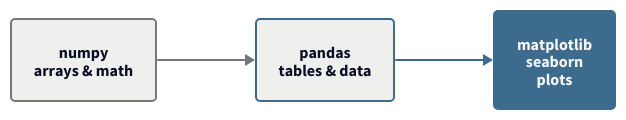
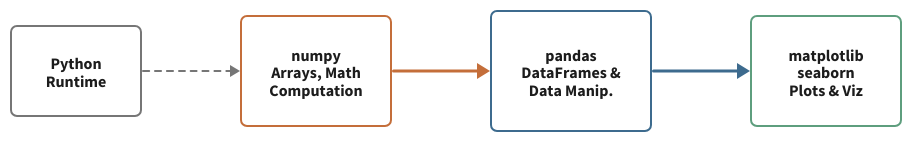
The diagram in slides/figures/d2/python-stack.d2 (dannycab/MSU_REU_ML_course), drawn with D2 before and after one commit. The commit also changed 59 other files, not shown here.

```diff
--- a/slides/figures/d2/python-stack.d2
+++ b/slides/figures/d2/python-stack.d2
@@ -1,21 +1,50 @@
 direction: right
 
-numpy: "numpy\narrays & math" {
-  style.fill: "#EFEFED"
+# Foundation - Python runtime
+python: "Python\nRuntime" {
+  style.fill: "transparent"
   style.stroke: "#767676"
-  style.border-radius: 4
-}
-pandas: "pandas\ntables & data" {
-  style.fill: "#EFEFED"
-  style.stroke: "#3D6B8E"
-  style.border-radius: 4
-}
-viz: "matplotlib\nseaborn\nplots" {
-  style.fill: "#3D6B8E"
-  style.stroke: "#3D6B8E"
-  style.font-color: "#F7F7F5"
-  style.border-radius: 4
+  style.font-color: "#1C1C1C"
+  style.border-radius: 6
+  style.stroke-width: 2
+  width: 130
+  height: 90
 }
 
-numpy -> pandas: {style.stroke: "#767676"}
-pandas -> viz: {style.stroke: "#3D6B8E"}
+# Layer 1 - numpy (foundation for numerical computing)
+numpy: "numpy\nArrays, Math\nComputation" {
+  style.fill: "transparent"
+  style.stroke: "#C46E3A"
+  style.font-color: "#1C1C1C"
+  style.border-radius: 6
+  style.stroke-width: 2
+  width: 150
+  height: 110
+}
+
+# Layer 2 - pandas (builds on numpy)
+pandas: "pandas\nDataFrames &\nData Manip." {
+  style.fill: "transparent"
+  style.stroke: "#3D6B8E"
+  style.font-color: "#1C1C1C"
+  style.border-radius: 6
+  style.stroke-width: 2
+  width: 160
+  height: 120
+}
+
+# Layer 3 - Visualization (builds on both)
+viz: "matplotlib\nseaborn\nPlots & Viz" {
+  style.fill: "transparent"
+  style.stroke: "#5E9E7E"
+  style.font-color: "#1C1C1C"
+  style.border-radius: 6
+  style.stroke-width: 2
+  width: 150
+  height: 110
+}
+
+# Dependencies
+python -> numpy: {style.stroke: "#767676"; style.stroke-dash: 3; style.stroke-width: 2}
+numpy -> pandas: {style.stroke: "#C46E3A"; style.stroke-width: 3}
+pandas -> viz: {style.stroke: "#3D6B8E"; style.stroke-width: 3}
```
